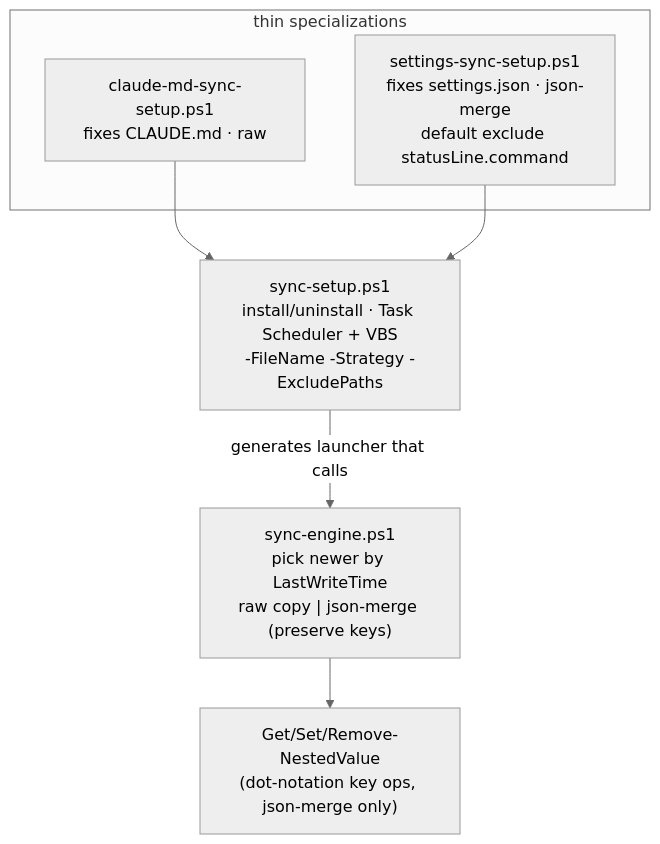
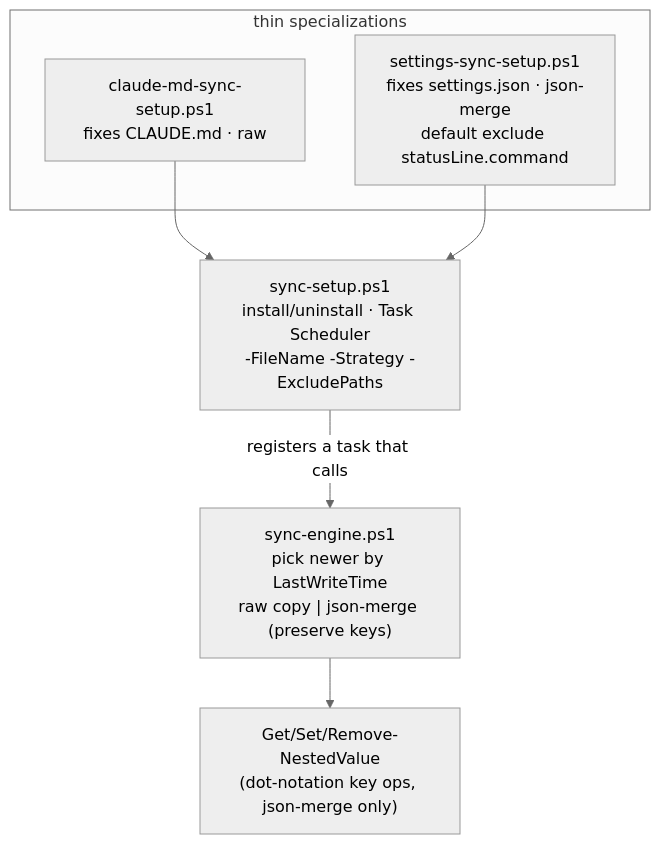
Before and after one commit to cheneeheng/claude-code-command-center: the second of 3 diagrams in tools/file-sync/product/ARCHITECTURE.md, drawn with Mermaid (neutral theme). The commit also changed other lines of this file and 7 other files, not shown here.

First line of the commit message:
refactor(file-sync)!: launch the sync task through conhost --headless

````diff
--- a/tools/file-sync/product/ARCHITECTURE.md
+++ b/tools/file-sync/product/ARCHITECTURE.md
@@ -29,15 +27,15 @@
 ```mermaid
 flowchart TD
     subgraph wrappers["thin specializations"]
         md["claude-md-sync-setup.ps1<br/>fixes CLAUDE.md · raw"]
         js["settings-sync-setup.ps1<br/>fixes settings.json · json-merge<br/>default exclude statusLine.command"]
     end
-    setup["sync-setup.ps1<br/>install/uninstall · Task Scheduler + VBS<br/>-FileName -Strategy -ExcludePaths"]
+    setup["sync-setup.ps1<br/>install/uninstall · Task Scheduler<br/>-FileName -Strategy -ExcludePaths"]
     engine["sync-engine.ps1<br/>pick newer by LastWriteTime<br/>raw copy | json-merge (preserve keys)"]
     helpers["Get/Set/Remove-NestedValue<br/>(dot-notation key ops, json-merge only)"]
 
     md --> setup
     js --> setup
-    setup -->|generates launcher that calls| engine
+    setup -->|registers a task that calls| engine
     engine --> helpers
 ```
````
